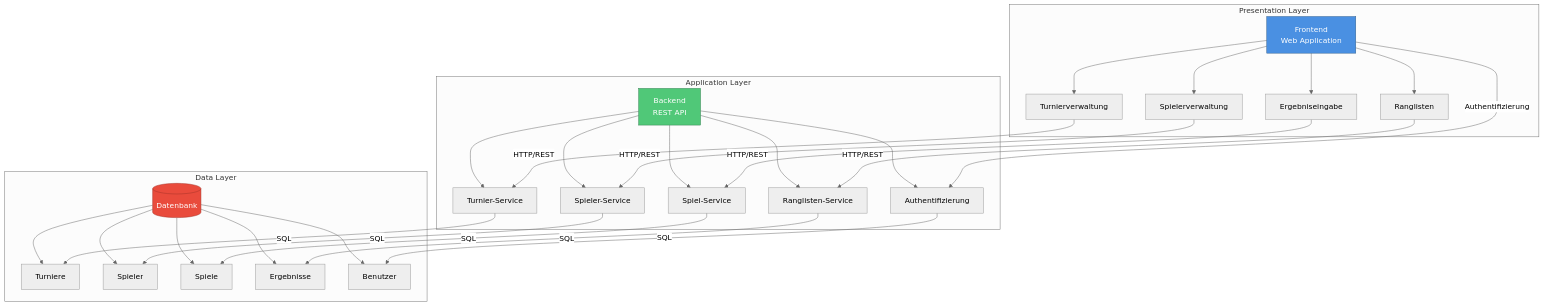
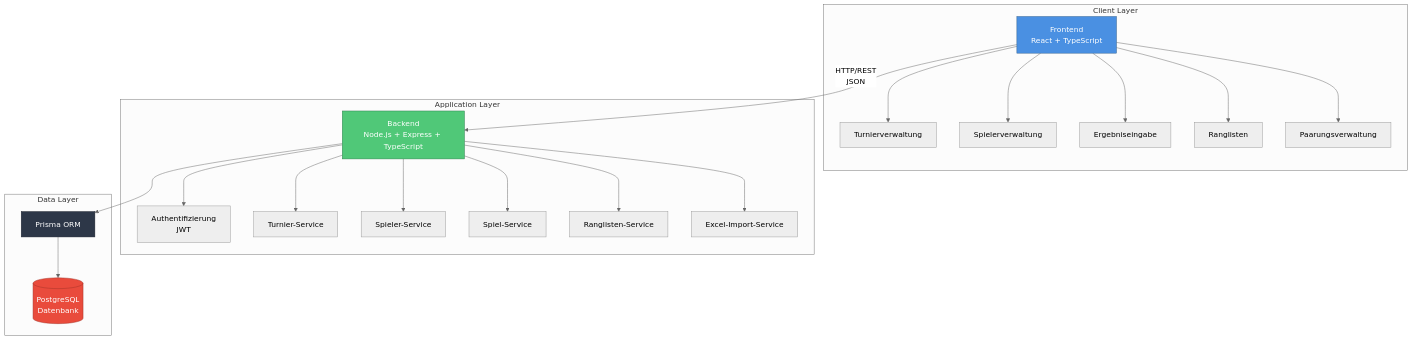
One commit to manuweber93/jass-tournament-manager changed the diagram in architecture.md. Above: the diagram before and after it, drawn with Mermaid (neutral theme). The commit also changed other lines of this file, not shown here.

Commit message:
docs: Update architecture.md with finalized tech stack and deployment strategy

````diff
--- a/architecture.md
+++ b/architecture.md
@@ -9,61 +51,49 @@
 ```mermaid
 graph TB
-    subgraph "Presentation Layer"
-        FE[Frontend<br/>Web Application]
+    subgraph "Client Layer"
+        FE[Frontend<br/>React + TypeScript]
         FE_COMP1[Turnierverwaltung]
         FE_COMP2[Spielerverwaltung]
         FE_COMP3[Ergebniseingabe]
         FE_COMP4[Ranglisten]
+        FE_COMP5[Paarungsverwaltung]
         
         FE --> FE_COMP1
         FE --> FE_COMP2
         FE --> FE_COMP3
         FE --> FE_COMP4
+        FE --> FE_COMP5
     end
     
     subgraph "Application Layer"
-        BE[Backend<br/>REST API]
-        BE_AUTH[Authentifizierung]
+        BE[Backend<br/>Node.js + Express + TypeScript]
+        BE_AUTH[Authentifizierung<br/>JWT]
         BE_TOUR[Turnier-Service]
         BE_PLAYER[Spieler-Service]
         BE_GAME[Spiel-Service]
         BE_RANK[Ranglisten-Service]
+        BE_IMPORT[Excel-Import-Service]
         
         BE --> BE_AUTH
         BE --> BE_TOUR
         BE --> BE_PLAYER
         BE --> BE_GAME
         BE --> BE_RANK
+        BE --> BE_IMPORT
     end
     
     subgraph "Data Layer"
-        DB[(Datenbank)]
-        DB_TOUR[Turniere]
-        DB_PLAYER[Spieler]
-        DB_GAME[Spiele]
-        DB_RESULT[Ergebnisse]
-        DB_USER[Benutzer]
+        DB[(PostgreSQL<br/>Datenbank)]
+        PRISMA[Prisma ORM]
         
-        DB --> DB_TOUR
-        DB --> DB_PLAYER
-        DB --> DB_GAME
-        DB --> DB_RESULT
-        DB --> DB_USER
+        PRISMA --> DB
     end
     
-    FE_COMP1 -->|HTTP/REST| BE_TOUR
-    FE_COMP2 -->|HTTP/REST| BE_PLAYER
-    FE_COMP3 -->|HTTP/REST| BE_GAME
-    FE_COMP4 -->|HTTP/REST| BE_RANK
-    FE -->|Authentifizierung| BE_AUTH
-    
-    BE_AUTH -->|SQL| DB_USER
-    BE_TOUR -->|SQL| DB_TOUR
-    BE_PLAYER -->|SQL| DB_PLAYER
-    BE_GAME -->|SQL| DB_GAME
-    BE_RANK -->|SQL| DB_RESULT
+    FE -->|HTTP/REST<br/>JSON| BE
+    BE --> PRISMA
     
     style FE fill:#4A90E2,stroke:#2E5C8A,color:#fff
     style BE fill:#50C878,stroke:#2E7D4E,color:#fff
     style DB fill:#E94B3C,stroke:#A33327,color:#fff
+    style PRISMA fill:#2D3748,stroke:#1A202C,color:#fff
 ```
````
